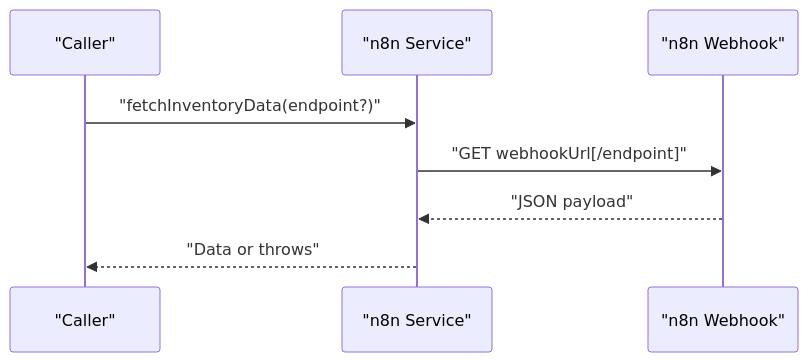
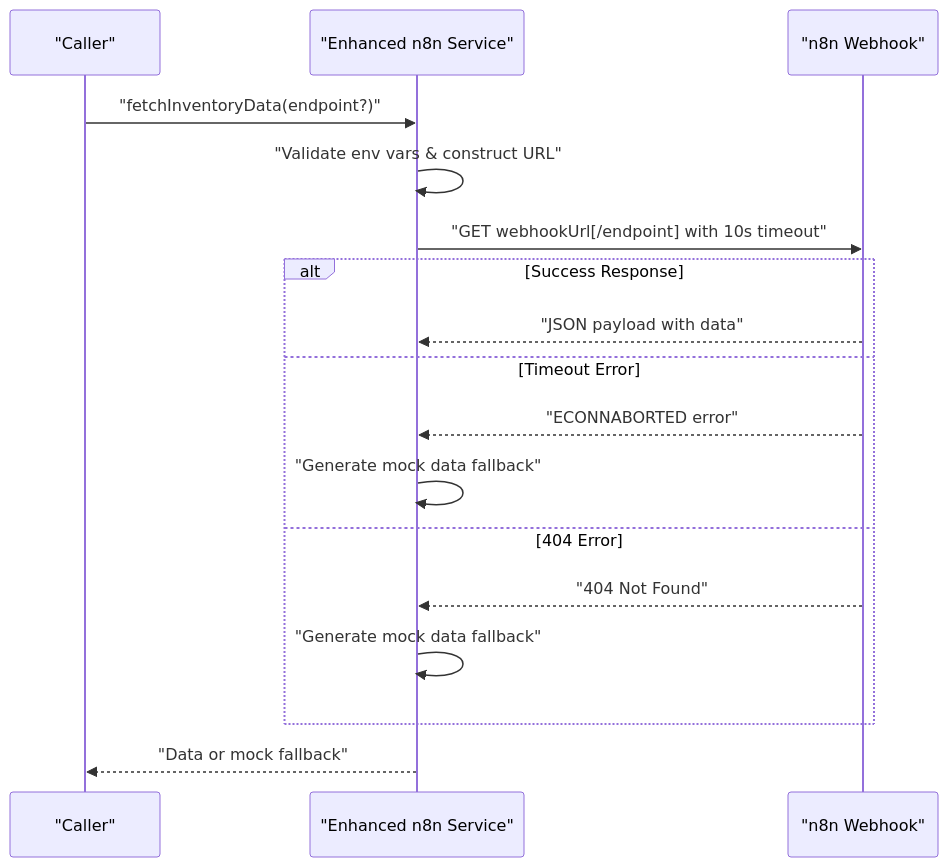
Before and after one commit to cacamarica/dashboard-ai: the fifth of 7 diagrams in .qoder/repowiki/en/content/Configuration and Environment.md, drawn with Mermaid. The commit also changed other lines of this file and 14 other files, not shown here.

````diff
--- a/.qoder/repowiki/en/content/Configuration and Environment.md
+++ b/.qoder/repowiki/en/content/Configuration and Environment.md
@@ -237,10 +278,19 @@
 ```mermaid
 sequenceDiagram
 participant Caller as "Caller"
-participant N8NSvc as "n8n Service"
+participant N8NSvc as "Enhanced n8n Service"
 participant N8N as "n8n Webhook"
 Caller->>N8NSvc : "fetchInventoryData(endpoint?)"
-N8NSvc->>N8N : "GET webhookUrl[/endpoint]"
-N8N-->>N8NSvc : "JSON payload"
-N8NSvc-->>Caller : "Data or throws"
+N8NSvc->>N8NSvc : "Validate env vars & construct URL"
+N8NSvc->>N8N : "GET webhookUrl[/endpoint] with 10s timeout"
+alt Success Response
+N8N-->>N8NSvc : "JSON payload with data"
+else Timeout Error
+N8N-->>N8NSvc : "ECONNABORTED error"
+N8NSvc->>N8NSvc : "Generate mock data fallback"
+else 404 Error
+N8N-->>N8NSvc : "404 Not Found"
+N8NSvc->>N8NSvc : "Generate mock data fallback"
+end
+N8NSvc-->>Caller : "Data or mock fallback"
 ```
````
